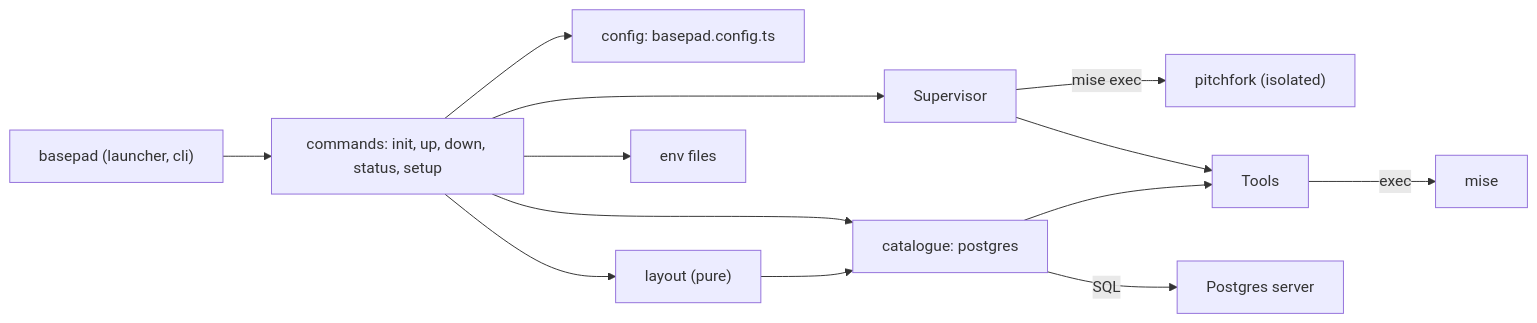
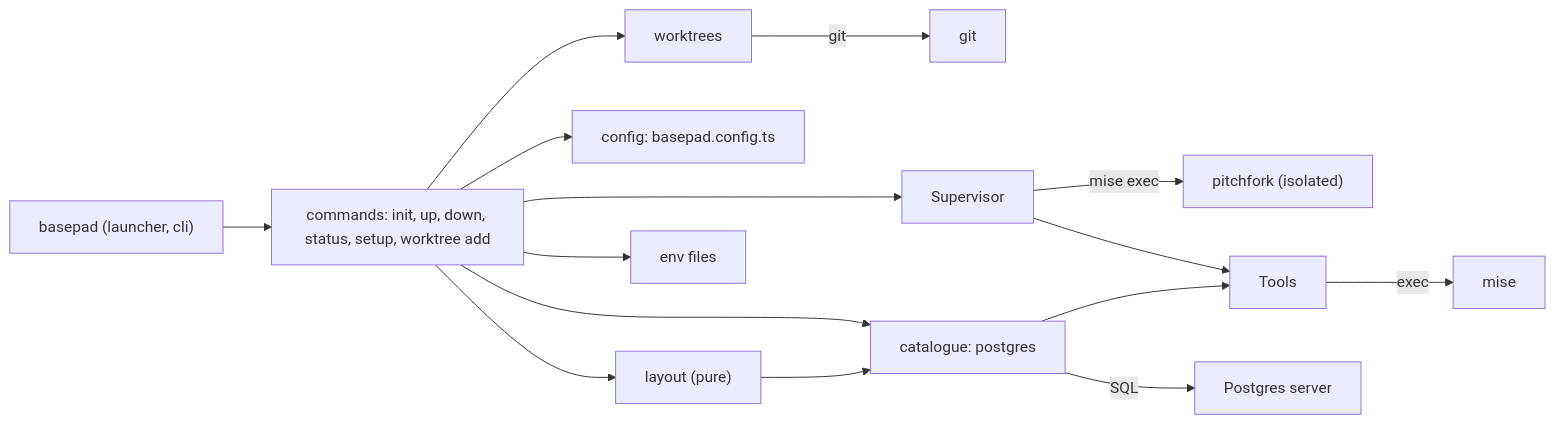
The diagram in docs/feature-map.md (Aysnc-Labs/basepad), drawn with Mermaid before and after one commit. The commit also changed other lines of this file and 9 other files, not shown here.

First line of the commit message:
basepad worktree add: a worktree with copied data, own domains and env files

````diff
--- a/docs/feature-map.md
+++ b/docs/feature-map.md
@@ -12,15 +12,17 @@
 ```mermaid
 flowchart LR
-  CLI["basepad (launcher, cli)"] --> Commands["commands: init, up, down, status, setup"]
+  CLI["basepad (launcher, cli)"] --> Commands["commands: init, up, down, status, setup, worktree add"]
+  Commands --> Worktrees["worktrees"]
+  Worktrees -- "git" --> Git["git"]
   Commands --> Config["config: basepad.config.ts"]
   Commands --> Layout["layout (pure)"]
   Layout --> Catalogue
   Commands --> Catalogue["catalogue: postgres"]
   Commands --> Supervisor
   Commands --> EnvFiles["env files"]
   Supervisor -- "mise exec" --> Pitchfork["pitchfork (isolated)"]
   Catalogue --> Tools
   Supervisor --> Tools
   Tools -- "exec" --> Mise["mise"]
   Catalogue -- "SQL" --> Postgres["Postgres server"]
 ```
````
